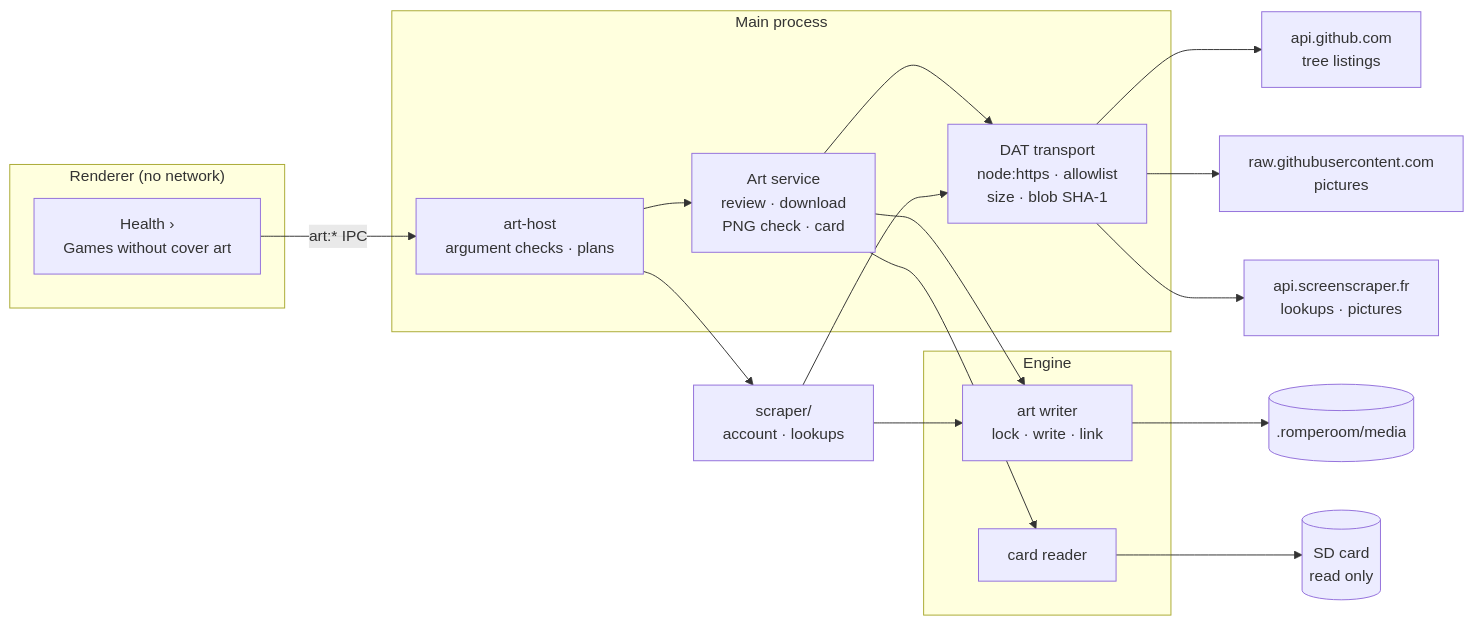
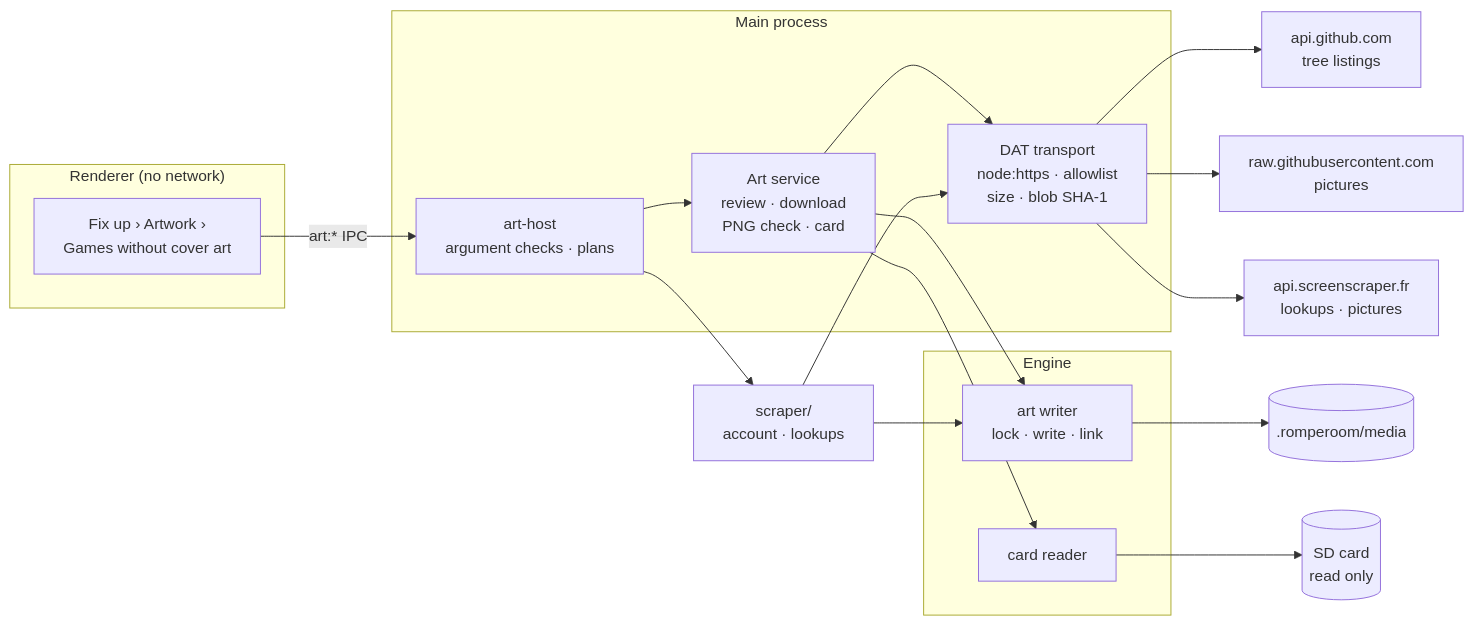
Diagram 14 of 18 in docs/architecture.md (MakerCorn/romperoom-releases), drawn with Mermaid before and after one commit. The commit also changed other lines of this file and 98 other files, not shown here.

````diff
--- a/docs/architecture.md
+++ b/docs/architecture.md
@@ -1457,23 +1506,23 @@
 ```mermaid
 flowchart LR
   subgraph R["Renderer (no network)"]
-    P["Health ›<br/>Games without cover art"]
+    P["Fix up › Artwork ›<br/>Games without cover art"]
   end
   subgraph M["Main process"]
     H["art-host<br/>argument checks · plans"]
     SV["Art service<br/>review · download<br/>PNG check · card"]
     T["DAT transport<br/>node:https · allowlist<br/>size · blob SHA-1"]
   end
   subgraph E["Engine"]
     WR["art writer<br/>lock · write · link"]
     CR["card reader"]
   end
   P -- "art:* IPC" --> H --> SV --> T
   H --> SC["scraper/<br/>account · lookups"] --> T
   SC --> WR
   T --> API["api.github.com<br/>tree listings"]
   T --> RAW["raw.githubusercontent.com<br/>pictures"]
   T --> SS["api.screenscraper.fr<br/>lookups · pictures"]
   SV --> WR --> MED[(".romperoom/media")]
   SV --> CR --> CARD[("SD card<br/>read only")]
 ```
````
